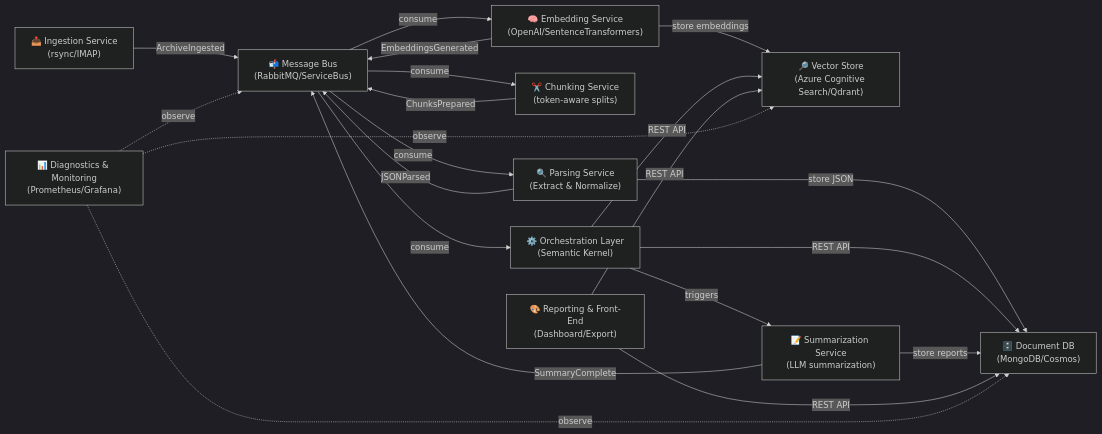
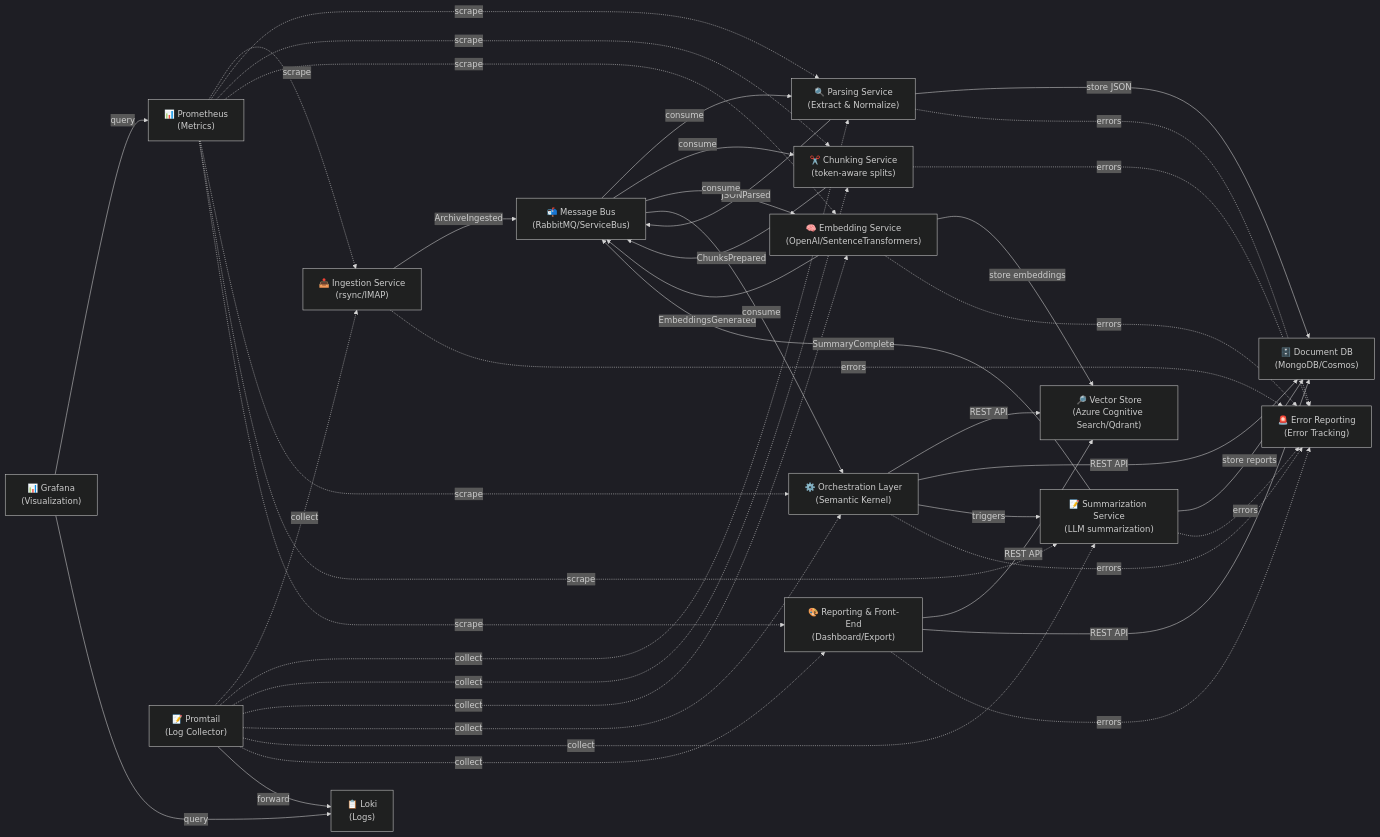
Before and after one commit to Alan-Jowett/CoPilot-For-Consensus: the diagram in documents/ARCHITECTURE.md, drawn with Mermaid (dark theme). The commit also changed other lines of this file and 20 other files, not shown here.

First line of the commit message:
Add Grafana, Loki/Promtail, and error-reporting service for complete observability (#93)

````diff
--- a/documents/ARCHITECTURE.md
+++ b/documents/ARCHITECTURE.md
@@ -168,30 +198,54 @@
 ```mermaid
 graph LR
     A["📥 Ingestion Service<br/>(rsync/IMAP)"] -->|ArchiveIngested| MB["📬 Message Bus<br/>(RabbitMQ/ServiceBus)"]
     
     MB -->|consume| B["🔍 Parsing Service<br/>(Extract & Normalize)"]
     B -->|JSONParsed| MB
     B -->|store JSON| DB["🗄️ Document DB<br/>(MongoDB/Cosmos)"]
     
     MB -->|consume| C["✂️ Chunking Service<br/>(token-aware splits)"]
     C -->|ChunksPrepared| MB
     
     MB -->|consume| D["🧠 Embedding Service<br/>(OpenAI/SentenceTransformers)"]
     D -->|EmbeddingsGenerated| MB
     D -->|store embeddings| VS["🔎 Vector Store<br/>(Azure Cognitive Search/Qdrant)"]
     
     MB -->|consume| E["⚙️ Orchestration Layer<br/>(Semantic Kernel)"]
     E -->|REST API| VS
     E -->|REST API| DB
     E -->|triggers| F["📝 Summarization Service<br/>(LLM summarization)"]
     
     F -->|SummaryComplete| MB
     F -->|store reports| DB
     
     G["🎨 Reporting & Front-End<br/>(Dashboard/Export)"] -->|REST API| VS
     G -->|REST API| DB
     
-    H["📊 Diagnostics & Monitoring<br/>(Prometheus/Grafana)"] -.->|observe| MB
-    H -.->|observe| DB
-    H -.->|observe| VS
+    H["📊 Prometheus<br/>(Metrics)"] -.->|scrape| A
+    H -.->|scrape| B
+    H -.->|scrape| C
+    H -.->|scrape| D
+    H -.->|scrape| E
+    H -.->|scrape| F
+    H -.->|scrape| G
+    
+    I["📊 Grafana<br/>(Visualization)"] -->|query| H
+    I -->|query| J["📋 Loki<br/>(Logs)"]
+    
+    K["📝 Promtail<br/>(Log Collector)"] -.->|collect| A
+    K -.->|collect| B
+    K -.->|collect| C
+    K -.->|collect| D
+    K -.->|collect| E
+    K -.->|collect| F
+    K -.->|collect| G
+    K -->|forward| J
+    
+    A -.->|errors| L["🚨 Error Reporting<br/>(Error Tracking)"]
+    B -.->|errors| L
+    C -.->|errors| L
+    D -.->|errors| L
+    E -.->|errors| L
+    F -.->|errors| L
+    G -.->|errors| L
 ```
````
